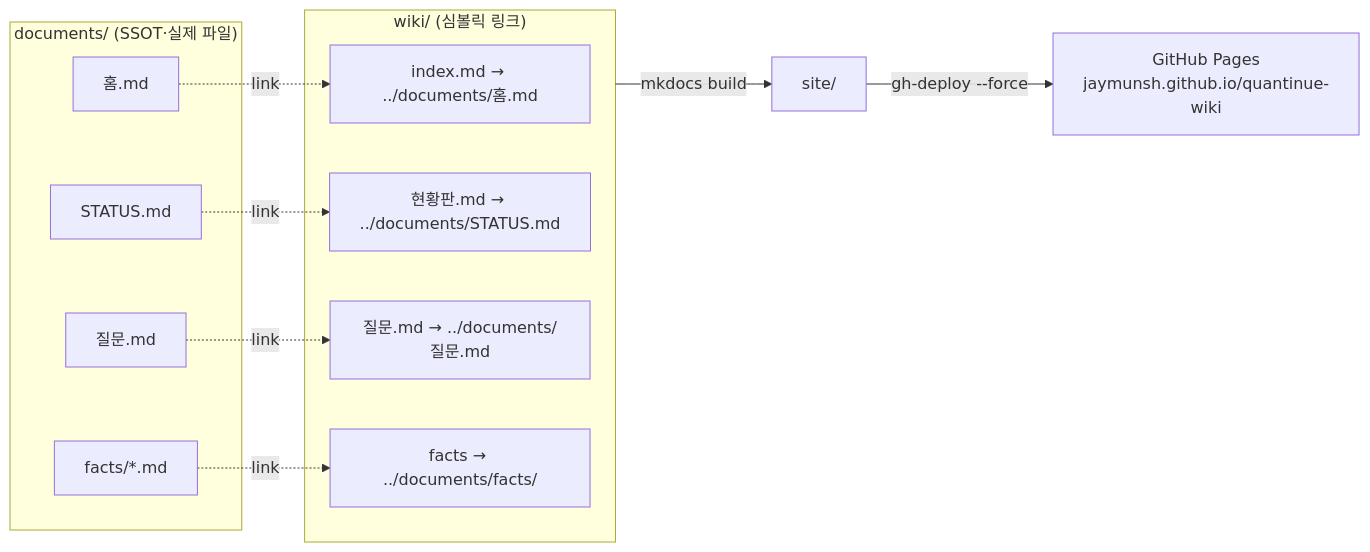
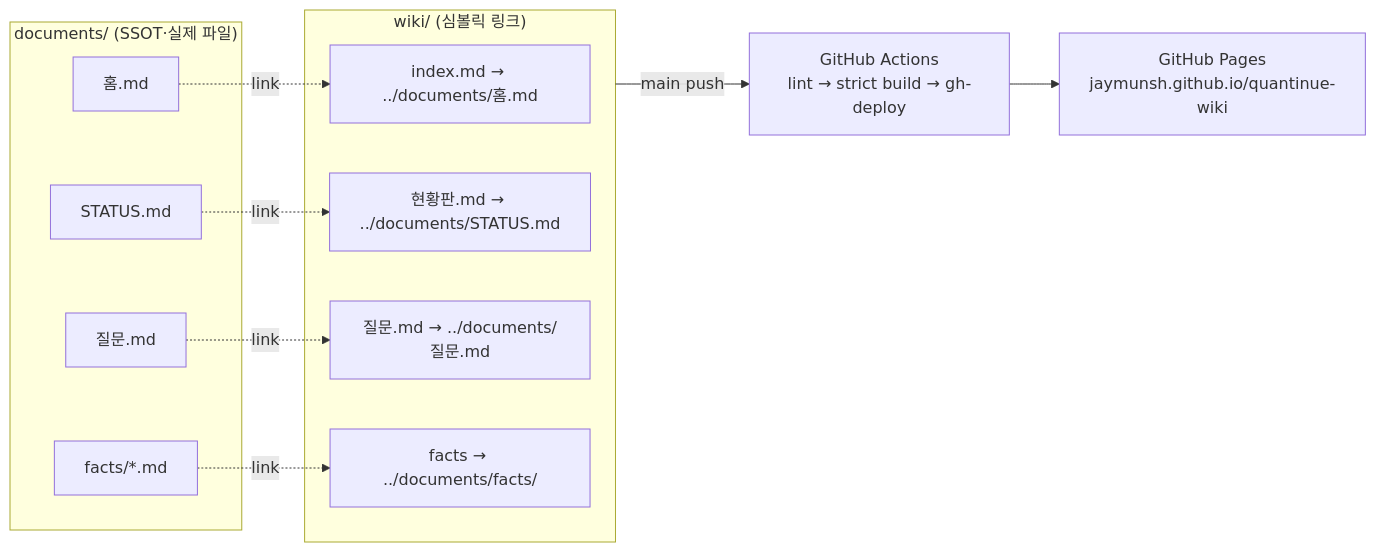
Before and after one commit to jaymunsh/quantinue-wiki: the seventh of 7 diagrams in documents/시스템설명서.md, drawn with Mermaid. The commit also changed other lines of this file and 21 other files, not shown here.

````diff
--- a/documents/시스템설명서.md
+++ b/documents/시스템설명서.md
@@ -258,21 +258,21 @@
 ```mermaid
 flowchart LR
   subgraph src["documents/ (SSOT·실제 파일)"]
     H["홈.md"]
     ST["STATUS.md"]
     Q["질문.md"]
     F["facts/*.md"]
   end
   subgraph wiki["wiki/ (심볼릭 링크)"]
     L0["index.md → ../documents/홈.md"]
     L1["현황판.md → ../documents/STATUS.md"]
     L2["질문.md → ../documents/질문.md"]
     L3["facts → ../documents/facts/"]
   end
   H -.link.-> L0
   ST -.link.-> L1
   Q -.link.-> L2
   F -.link.-> L3
-  wiki -->|"mkdocs build"| SITE["site/"]
-  SITE -->|"gh-deploy --force"| GH["GitHub Pages<br/>jaymunsh.github.io/quantinue-wiki"]
+  wiki -->|"main push"| CI["GitHub Actions<br/>lint → strict build → gh-deploy"]
+  CI --> GH["GitHub Pages<br/>jaymunsh.github.io/quantinue-wiki"]
 ```
````
